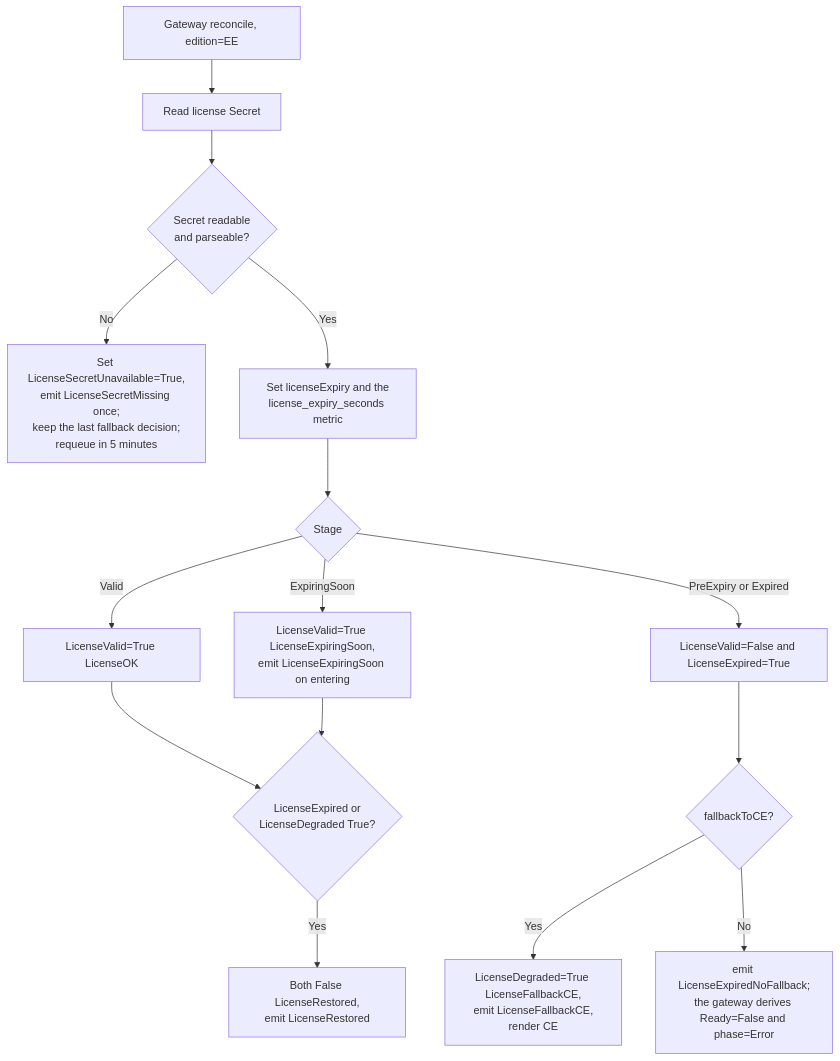
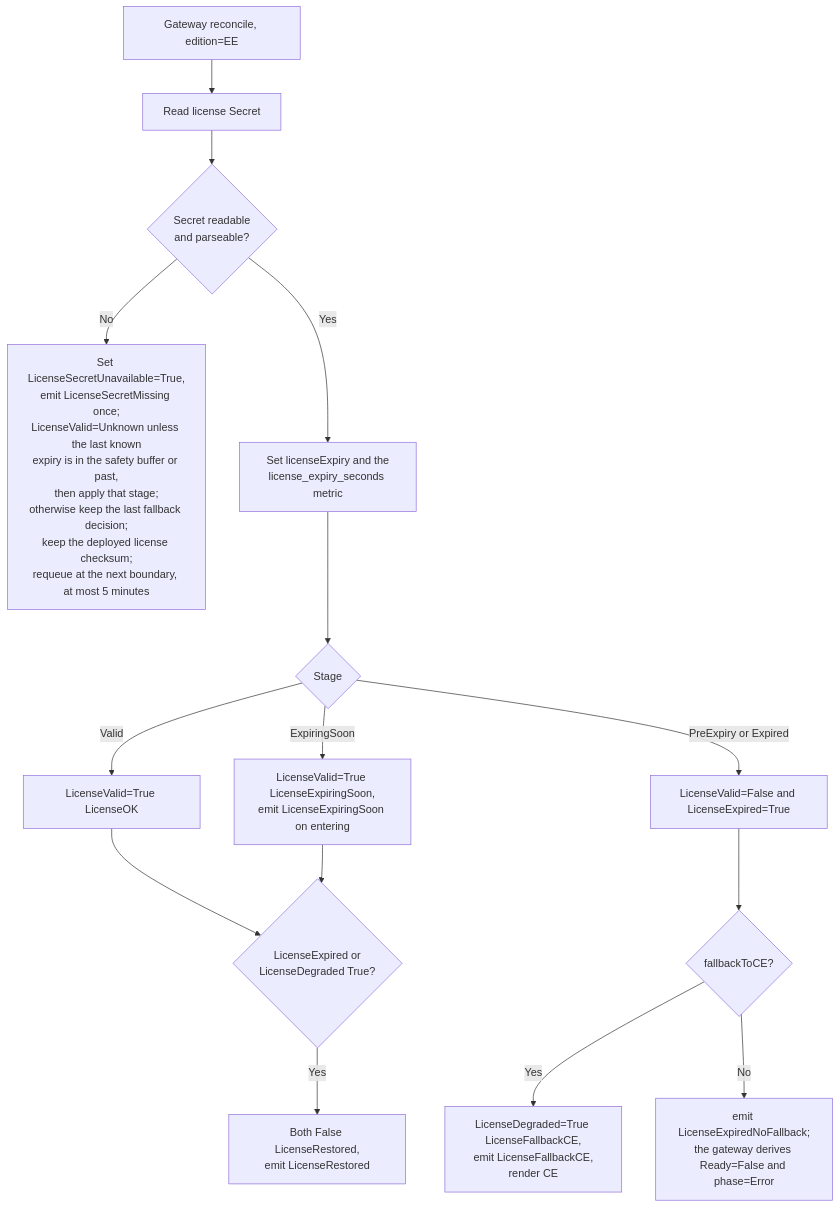
The seventh of 10 diagrams in architecture/application/application-architecture.md (MyCarrier-DevOps/KrakenD-Operator), drawn with Mermaid before and after one commit. The commit also changed other lines of this file, not shown here.

Commit message:
docs(architecture): describe license checksum, unreadable-license result

````diff
--- a/architecture/application/application-architecture.md
+++ b/architecture/application/application-architecture.md
@@ -1360,17 +1364,17 @@
 ```mermaid
 flowchart TD
     A[Gateway reconcile, edition=EE] --> C[Read license Secret]
     C --> D{Secret readable<br/>and parseable?}
-    D -->|No| E[Set LicenseSecretUnavailable=True,<br/>emit LicenseSecretMissing once;<br/>keep the last fallback decision;<br/>requeue in 5 minutes]
+    D -->|No| E[Set LicenseSecretUnavailable=True,<br/>emit LicenseSecretMissing once;<br/>LicenseValid=Unknown unless the last known<br/>expiry is in the safety buffer or past,<br/>then apply that stage;<br/>otherwise keep the last fallback decision;<br/>keep the deployed license checksum;<br/>requeue at the next boundary, at most 5 minutes]
     D -->|Yes| F[Set licenseExpiry and the<br/>license_expiry_seconds metric]
     F --> G{Stage}
     G -->|Valid| M[LicenseValid=True LicenseOK]
     G -->|ExpiringSoon| L[LicenseValid=True LicenseExpiringSoon,<br/>emit LicenseExpiringSoon on entering]
     M --> R{LicenseExpired or<br/>LicenseDegraded True?}
     L --> R
     R -->|Yes| R1[Both False LicenseRestored,<br/>emit LicenseRestored]
     G -->|PreExpiry or Expired| H[LicenseValid=False and LicenseExpired=True]
     H --> N{fallbackToCE?}
     N -->|Yes| O[LicenseDegraded=True LicenseFallbackCE,<br/>emit LicenseFallbackCE,<br/>render CE]
     N -->|No| P[emit LicenseExpiredNoFallback;<br/>the gateway derives Ready=False and phase=Error]
 ```
````
